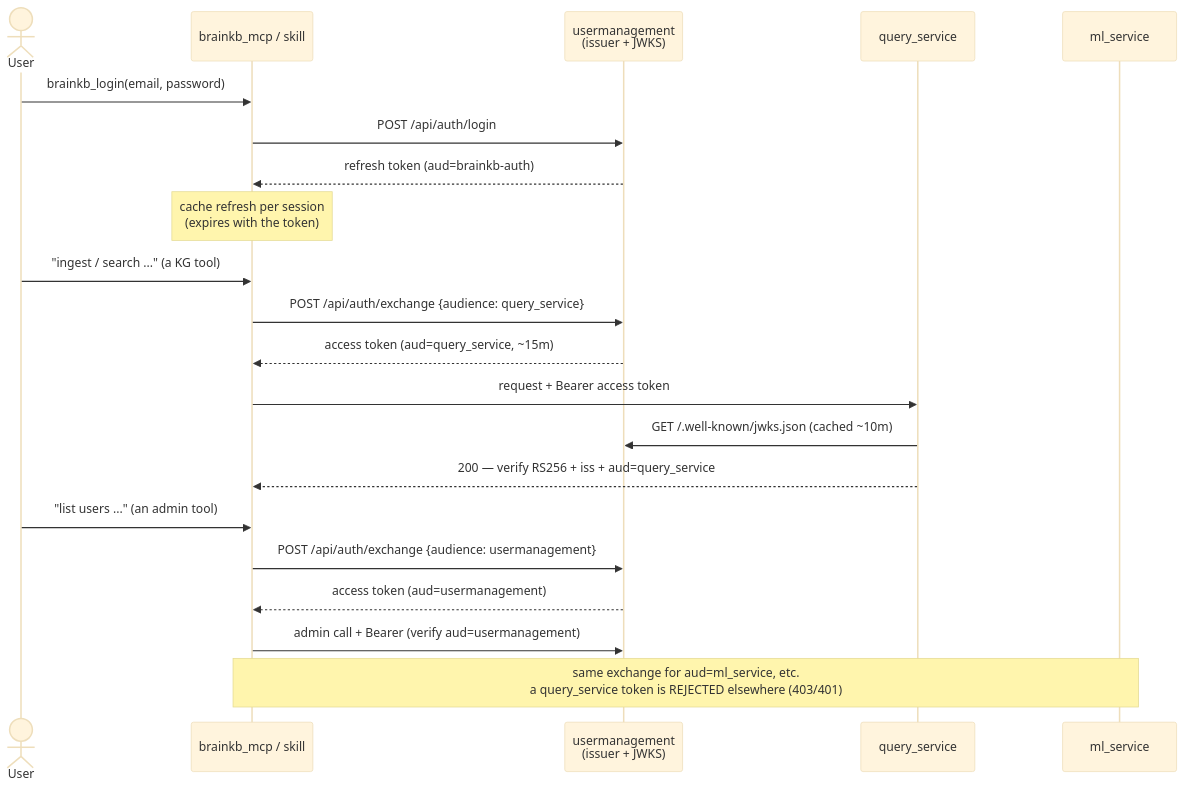
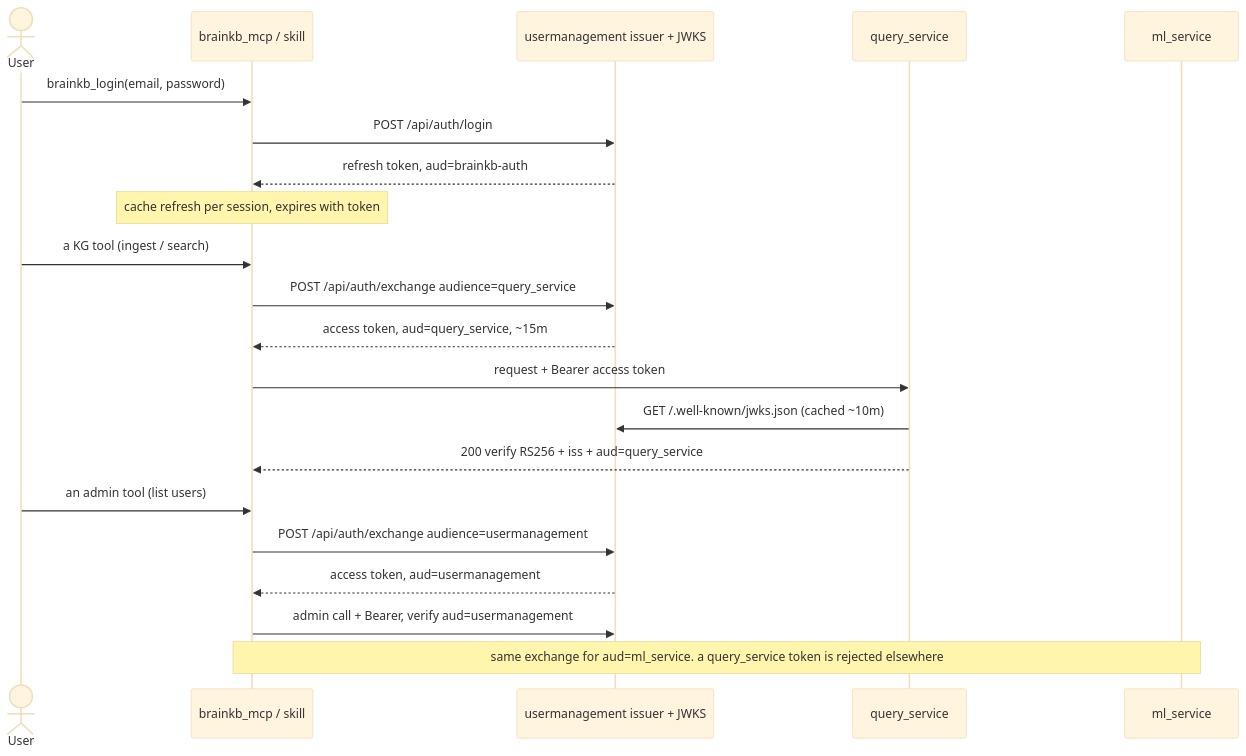
One commit to sensein/BrainKB changed the first of 3 diagrams in query_service/AUTH_UNIFICATION.md. Above: the diagram before and after it, drawn with Mermaid (base theme). The commit also changed other lines of this file and 8 other files, not shown here.

First line of the commit message:
Onboarding via OAuth (no self-register) + rename /api/token -> /api/login; auth-flow PNGs

````diff
--- a/query_service/AUTH_UNIFICATION.md
+++ b/query_service/AUTH_UNIFICATION.md
@@ -25,26 +29,23 @@
 ```mermaid
 sequenceDiagram
     actor U as User
     participant MCP as brainkb_mcp / skill
-    participant UM as usermanagement<br/>(issuer + JWKS)
+    participant UM as usermanagement issuer + JWKS
     participant QS as query_service
     participant ML as ml_service
-
     U->>MCP: brainkb_login(email, password)
     MCP->>UM: POST /api/auth/login
-    UM-->>MCP: refresh token (aud=brainkb-auth)
-    Note over MCP: cache refresh per session<br/>(expires with the token)
-
-    U->>MCP: "ingest / search ..." (a KG tool)
-    MCP->>UM: POST /api/auth/exchange {audience: query_service}
-    UM-->>MCP: access token (aud=query_service, ~15m)
+    UM-->>MCP: refresh token, aud=brainkb-auth
+    Note over MCP: cache refresh per session, expires with token
+    U->>MCP: a KG tool (ingest / search)
+    MCP->>UM: POST /api/auth/exchange audience=query_service
+    UM-->>MCP: access token, aud=query_service, ~15m
     MCP->>QS: request + Bearer access token
     QS->>UM: GET /.well-known/jwks.json (cached ~10m)
-    QS-->>MCP: 200 — verify RS256 + iss + aud=query_service
-
-    U->>MCP: "list users ..." (an admin tool)
-    MCP->>UM: POST /api/auth/exchange {audience: usermanagement}
-    UM-->>MCP: access token (aud=usermanagement)
-    MCP->>UM: admin call + Bearer (verify aud=usermanagement)
-    Note over MCP,ML: same exchange for aud=ml_service, etc.<br/>a query_service token is REJECTED elsewhere (403/401)
+    QS-->>MCP: 200 verify RS256 + iss + aud=query_service
+    U->>MCP: an admin tool (list users)
+    MCP->>UM: POST /api/auth/exchange audience=usermanagement
+    UM-->>MCP: access token, aud=usermanagement
+    MCP->>UM: admin call + Bearer, verify aud=usermanagement
+    Note over MCP,ML: same exchange for aud=ml_service. a query_service token is rejected elsewhere
 ```
````
